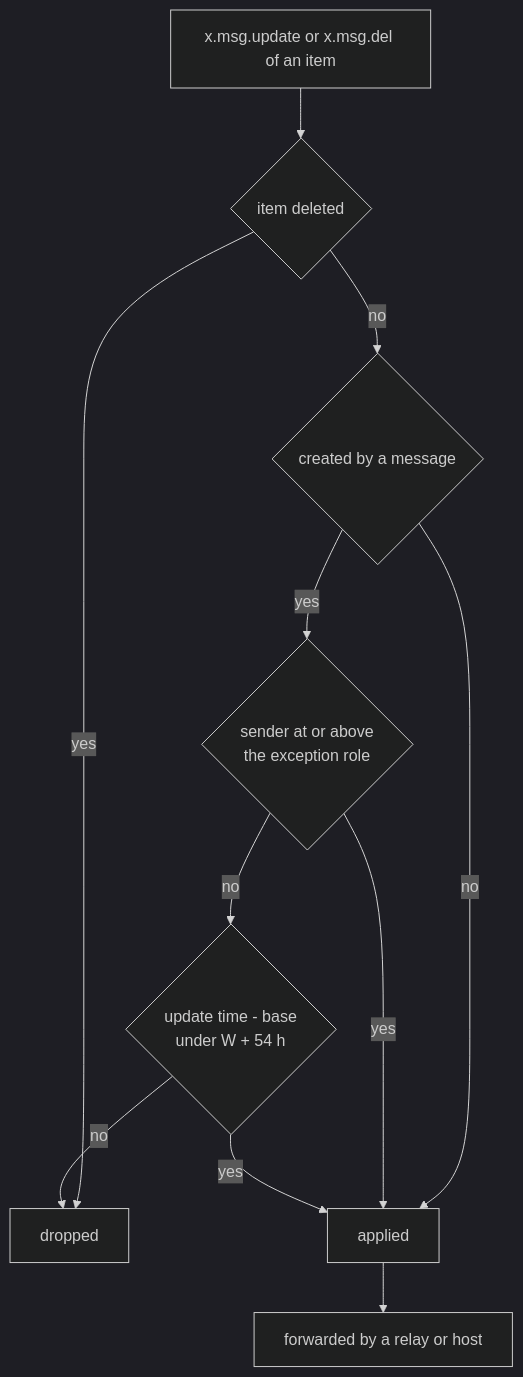
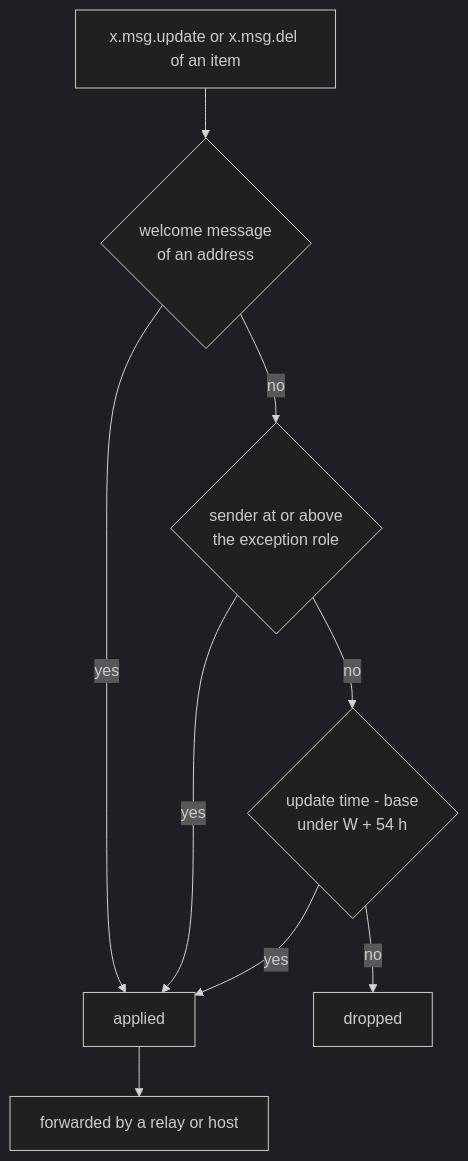
Before and after one commit to simplex-chat/simplex-chat: the diagram in plans/2026-11-21-edit-window-preference.md, drawn with Mermaid (dark theme). The commit also changed other lines of this file and 1 other file, not shown here.

````diff
--- a/plans/2026-11-21-edit-window-preference.md
+++ b/plans/2026-11-21-edit-window-preference.md
@@ -128,13 +138,11 @@
 ```mermaid
 flowchart TD
-  U[x.msg.update or x.msg.del of an item] --> D{item deleted}
-  D -->|yes| X[dropped]
-  D -->|no| C{created by a message}
-  C -->|no| A[applied]
-  C -->|yes| E{sender at or above<br>the exception role}
+  U[x.msg.update or x.msg.del of an item] --> C{welcome message<br>of an address}
+  C -->|yes| A[applied]
+  C -->|no| E{sender at or above<br>the exception role}
   E -->|yes| A
   E -->|no| T{update time - base<br>under W + 54 h}
   T -->|yes| A
-  T -->|no| X
+  T -->|no| X[dropped]
   A --> F[forwarded by a relay or host]
 ```
````
